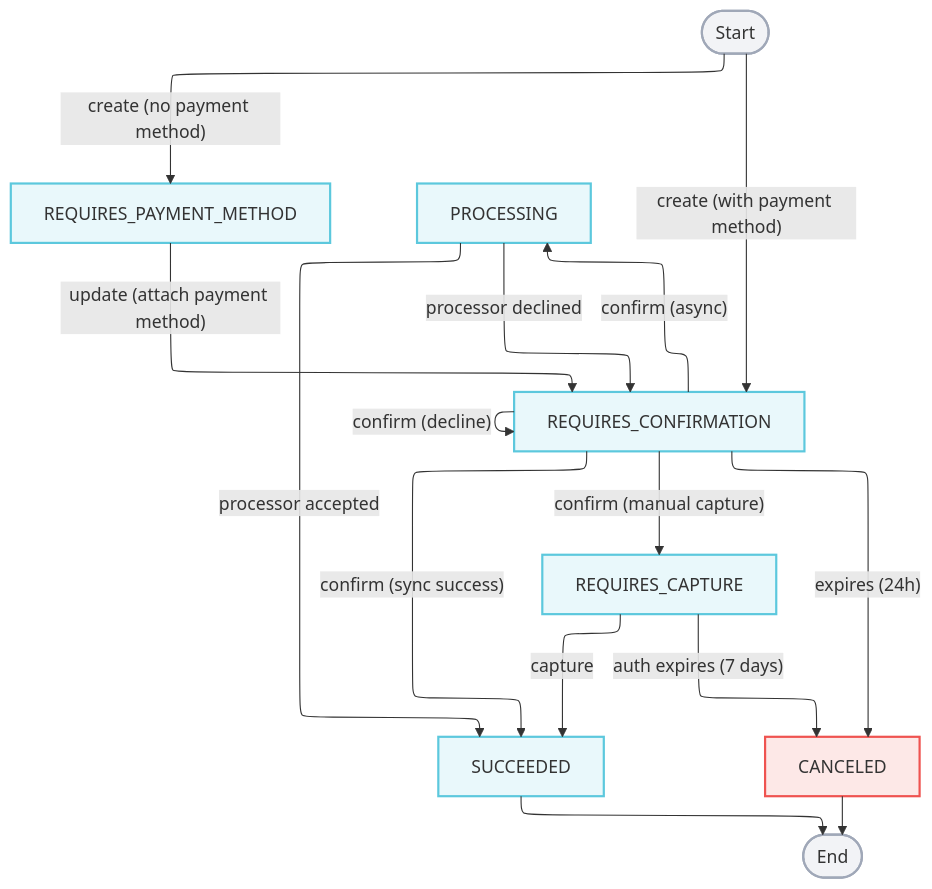
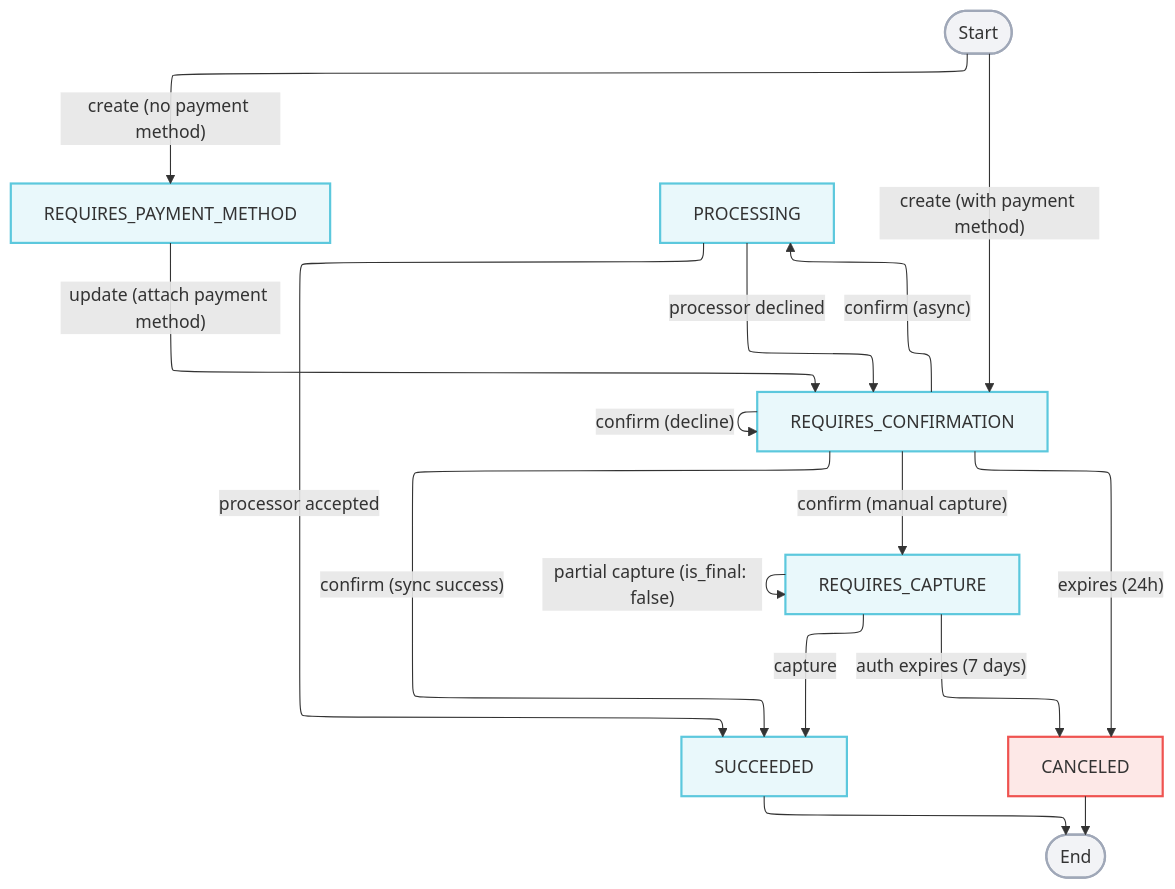
The diagram in docs/concepts/payment-intents.mdx (credova/developers.credova.com), drawn with Mermaid before and after one commit. The commit also changed other lines of this file and 353 other files, not shown here.

````diff
--- a/docs/concepts/payment-intents.mdx
+++ b/docs/concepts/payment-intents.mdx
@@ -79,34 +79,35 @@
 ```mermaid
 ---
 config:
   layout: elk
 ---
 flowchart TB
     Start(["Start"]) -- "create (no payment method)" --> RPM["REQUIRES_PAYMENT_METHOD"]
     Start -- "create (with payment method)" --> RC["REQUIRES_CONFIRMATION"]
     RPM -- "update (attach payment method)" --> RC
     RC -- "confirm (sync success)" --> SUCCEEDED["SUCCEEDED"]
     RC -- "confirm (async)" --> PROCESSING["PROCESSING"]
     RC -- "confirm (decline)" --> RC
     RC -- "confirm (manual capture)" --> RCAP["REQUIRES_CAPTURE"]
     PROCESSING -- "processor accepted" --> SUCCEEDED
     PROCESSING -- "processor declined" --> RC
     RCAP -- "capture" --> SUCCEEDED
+    RCAP -- "partial capture (is_final: false)" --> RCAP
     RCAP -- "auth expires (7 days)" --> CANCELED["CANCELED"]
     RC -- "expires (24h)" --> CANCELED
     SUCCEEDED --> End(["End"])
     CANCELED --> End
 
     Start:::terminalNode
     RPM:::spineNode
     RC:::spineNode
     PROCESSING:::spineNode
     RCAP:::spineNode
     SUCCEEDED:::spineNode
     CANCELED:::exceptionNode
     End:::terminalNode
 
     classDef spineNode fill:#5CC8DD22,stroke:#5CC8DD,stroke-width:2px
     classDef exceptionNode fill:#EF535022,stroke:#EF5350,stroke-width:2px
     classDef terminalNode fill:#A0A8B822,stroke:#A0A8B8,stroke-width:2px
 ```
````
